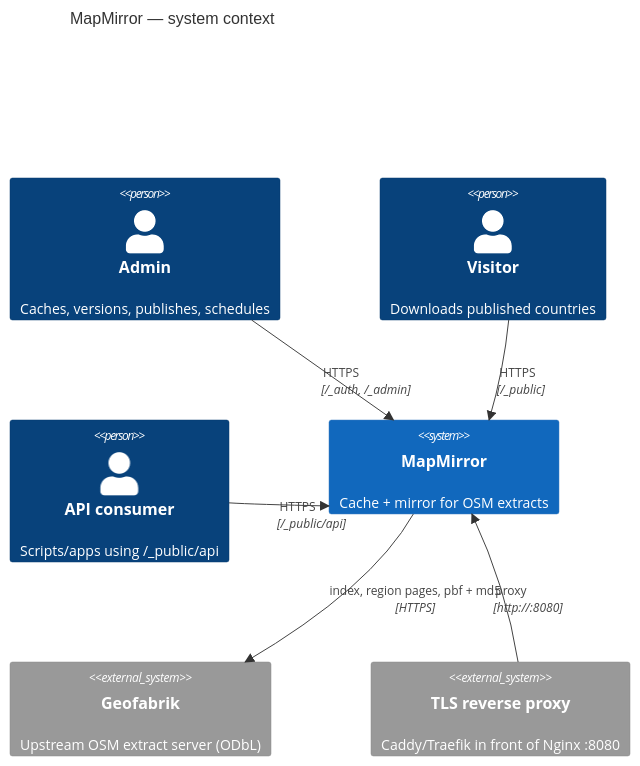
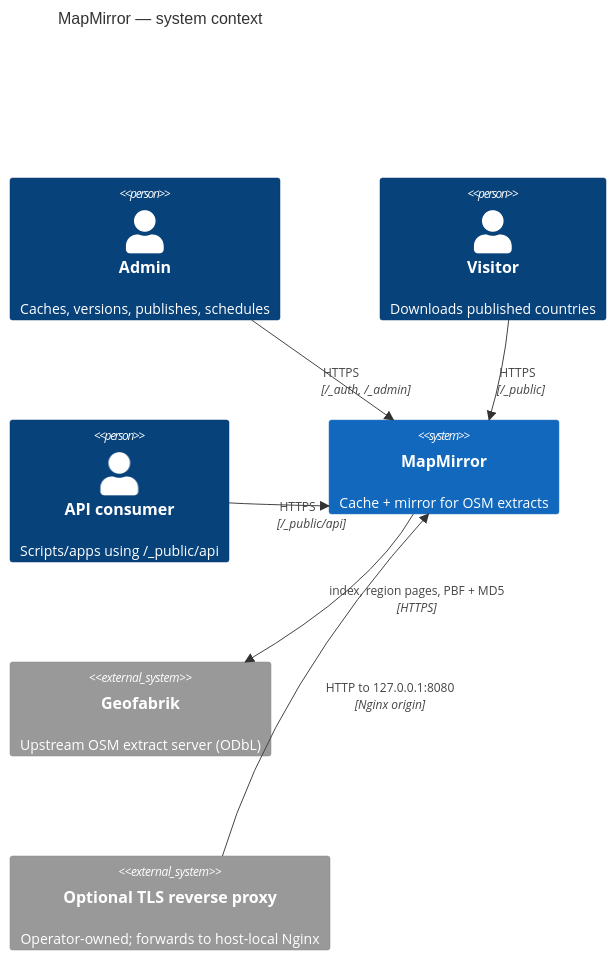
The first of 11 diagrams in docs/06-diagrams.md (komeilm76/mapirror), drawn with Mermaid before and after one commit. The commit also changed other lines of this file and 6 other files, not shown here.

Commit message:
docs: reverify API contracts and refresh diagrams

````diff
--- a/docs/06-diagrams.md
+++ b/docs/06-diagrams.md
@@ -7,16 +7,16 @@
 ```mermaid
 C4Context
   title MapMirror — system context
   Person(admin, "Admin", "Caches, versions, publishes, schedules")
   Person(visitor, "Visitor", "Downloads published countries")
   Person(consumer, "API consumer", "Scripts/apps using /_public/api")
   System(mm, "MapMirror", "Cache + mirror for OSM extracts")
   System_Ext(gf, "Geofabrik", "Upstream OSM extract server (ODbL)")
-  System_Ext(proxy, "TLS reverse proxy", "Caddy/Traefik in front of Nginx :8080")
+  System_Ext(proxy, "Optional TLS reverse proxy", "Operator-owned; forwards to host-local Nginx")
 
   Rel(admin, mm, "HTTPS", "/_auth, /_admin")
   Rel(visitor, mm, "HTTPS", "/_public")
   Rel(consumer, mm, "HTTPS", "/_public/api")
-  Rel(proxy, mm, "proxy", "http://:8080")
-  Rel(mm, gf, "index, region pages, pbf + md5", "HTTPS")
+  Rel(proxy, mm, "HTTP to 127.0.0.1:8080", "Nginx origin")
+  Rel(mm, gf, "index, region pages, PBF + MD5", "HTTPS")
 ```
````
